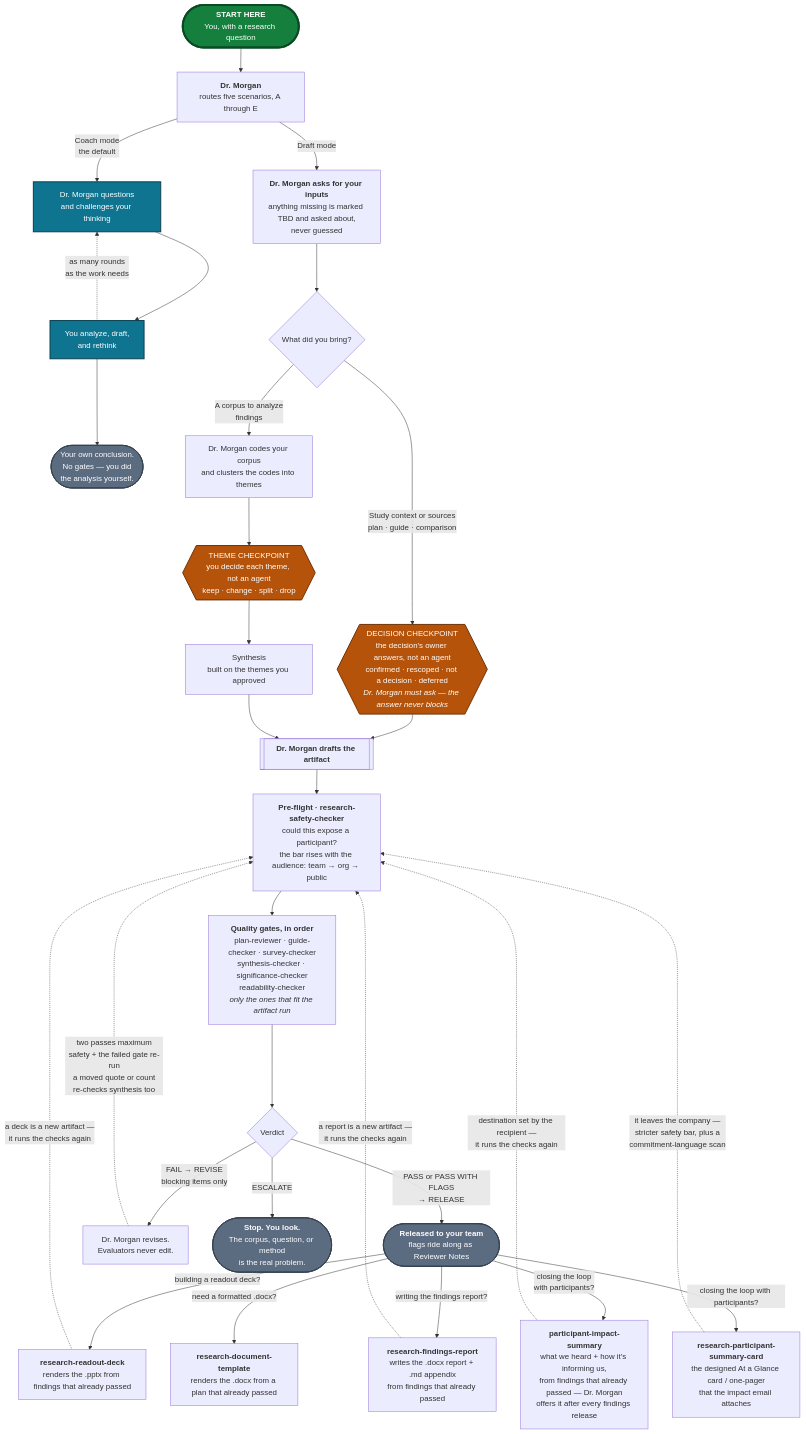
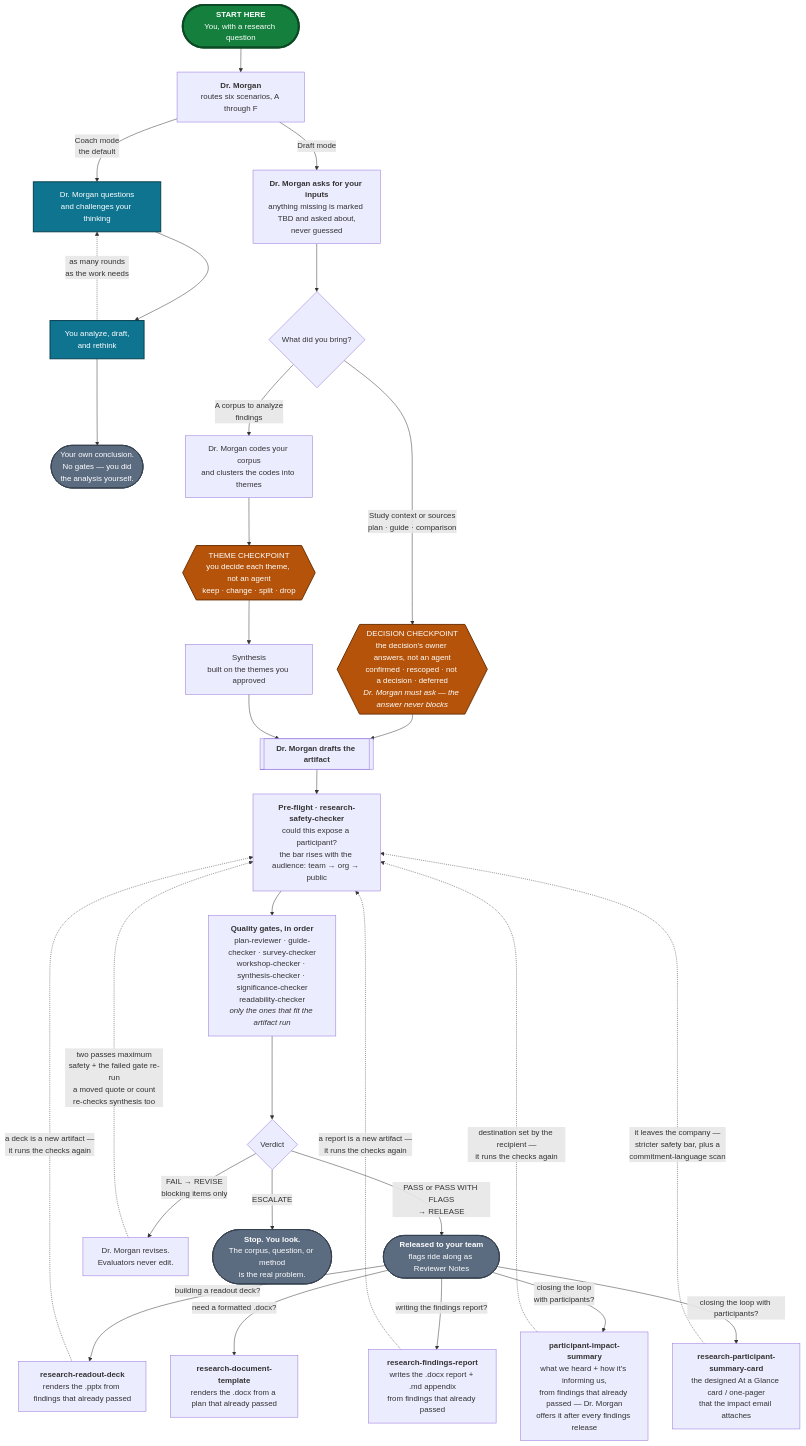
The diagram in README.md (kirstenhosic/UX-Research-Skills), drawn with Mermaid before and after one commit. The commit also changed other lines of this file and 37 other files, not shown here.

````diff
--- a/README.md
+++ b/README.md
@@ -331,62 +343,62 @@
 ```mermaid
 flowchart TD
     START(["<b>START HERE</b><br/>You, with a research question"])
     START --> DM
 
-    DM["<b>Dr. Morgan</b><br/>routes five scenarios, A through E"]
+    DM["<b>Dr. Morgan</b><br/>routes six scenarios, A through F"]
 
     DM -->|"Coach mode<br/>the default"| COACH["Dr. Morgan questions<br/>and challenges your thinking"]
     COACH --> WORK["You analyze, draft,<br/>and rethink"]
     WORK -.->|"as many rounds<br/>as the work needs"| COACH
     WORK --> ENDC(["Your own conclusion.<br/>No gates — you did<br/>the analysis yourself."])
 
     DM -->|"Draft mode"| IN["<b>Dr. Morgan asks for your inputs</b><br/>anything missing is marked TBD and asked about,<br/>never guessed"]
     IN --> Q{"What did you bring?"}
 
     ART[["<b>Dr. Morgan drafts the artifact</b>"]]
     CL["Dr. Morgan codes your corpus<br/>and clusters the codes into themes"]
 
     Q -->|"Study context or sources<br/>plan · guide · comparison"| DC
     Q -->|"A corpus to analyze<br/>findings"| CL
 
     DC{{"DECISION CHECKPOINT<br/>the decision's owner answers, not an agent<br/>confirmed · rescoped · not a decision · deferred<br/><i>Dr. Morgan must ask — the answer never blocks</i>"}}
     DC --> ART
 
     CL --> TC{{"THEME CHECKPOINT<br/>you decide each theme, not an agent<br/>keep · change · split · drop"}}
     TC --> SY["Synthesis<br/>built on the themes you approved"]
     SY --> ART
 
     ART --> PF["<b>Pre-flight · research-safety-checker</b><br/>could this expose a participant?<br/>the bar rises with the audience: team → org → public"]
-    PF --> G["<b>Quality gates, in order</b><br/>plan-reviewer · guide-checker · survey-checker<br/>synthesis-checker · significance-checker<br/>readability-checker<br/><i>only the ones that fit the artifact run</i>"]
+    PF --> G["<b>Quality gates, in order</b><br/>plan-reviewer · guide-checker · survey-checker<br/>workshop-checker · synthesis-checker · significance-checker<br/>readability-checker<br/><i>only the ones that fit the artifact run</i>"]
     G --> V{"Verdict"}
 
     V -->|"PASS or PASS WITH FLAGS<br/>→ RELEASE"| ENDR(["<b>Released to your team</b><br/>flags ride along as Reviewer Notes"])
 
     V -->|"FAIL → REVISE<br/>blocking items only"| RV["Dr. Morgan revises.<br/>Evaluators never edit."]
     RV -.->|"two passes maximum<br/>safety + the failed gate re-run<br/>a moved quote or count<br/>re-checks synthesis too"| PF
 
     V -->|"ESCALATE"| ENDE(["<b>Stop. You look.</b><br/>The corpus, question, or method<br/>is the real problem."])
 
     ENDR -->|"building a readout deck?"| SK["<b>research-readout-deck</b><br/>renders the .pptx from findings that already passed"]
     SK -.->|"a deck is a new artifact —<br/>it runs the checks again"| PF
 
     ENDR -->|"writing the findings report?"| RPT["<b>research-findings-report</b><br/>writes the .docx report + .md appendix<br/>from findings that already passed"]
     RPT -.->|"a report is a new artifact —<br/>it runs the checks again"| PF
 
     ENDR -->|"closing the loop<br/>with participants?"| CIS["<b>participant-impact-summary</b><br/>what we heard + how it's informing us,<br/>from findings that already passed — Dr. Morgan<br/>offers it after every findings release"]
     CIS -.->|"destination set by the recipient —<br/>it runs the checks again"| PF
 
     ENDR -->|"need a formatted .docx?"| DOC["<b>research-document-template</b><br/>renders the .docx from a plan that already passed"]
 
     ENDR -->|"closing the loop with participants?"| PS["<b>research-participant-summary-card</b><br/>the designed At a Glance card / one-pager<br/>that the impact email attaches"]
     PS -.->|"it leaves the company —<br/>stricter safety bar, plus a<br/>commitment-language scan"| PF
 
     classDef entry  fill:#15803D,stroke:#0B4A24,stroke-width:4px,color:#FFFFFF
     classDef coach  fill:#0E7490,stroke:#083F4F,stroke-width:2px,color:#FFFFFF
     classDef human  fill:#B45309,stroke:#6E3206,stroke-width:2px,color:#FFFFFF
     classDef ending fill:#5B6B80,stroke:#37424F,stroke-width:2px,color:#FFFFFF
     class START entry
     class COACH,WORK coach
     class TC,DC human
     class ENDC,ENDR,ENDE ending
 ```
````
